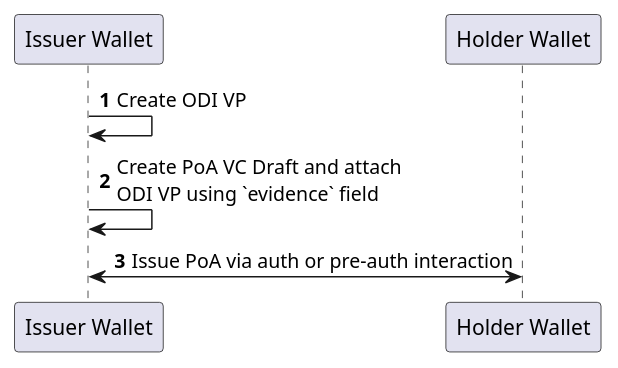
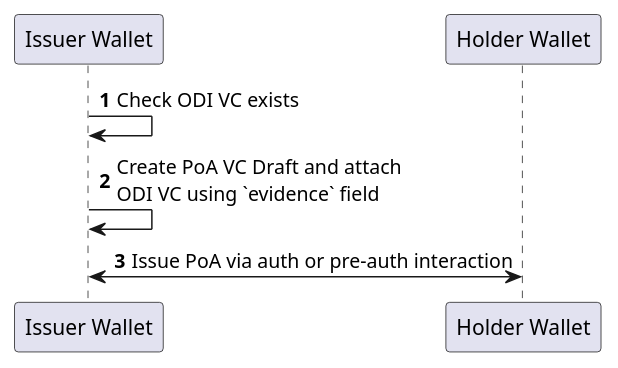
One commit to cklugow/EBSI-VECTOR-Task-3.3 changed the diagram in poa-odi-verification/poa_issuance_embedded_odi.puml. Above: the diagram before and after it, drawn with PlantUML. The commit also changed 2 other files, not shown here.

Commit message:
suggestion for embedded ODI

```diff
--- a/poa-odi-verification/poa_issuance_embedded_odi.puml
+++ b/poa-odi-verification/poa_issuance_embedded_odi.puml
@@ -2,10 +2,10 @@
 @startuml
-'https://plantuml.com/sequence-diagram
+'https://plantuml.com/sequence-diagram'
 
 autonumber
 
-"Issuer Wallet" -> "Issuer Wallet": Create ODI VP
-"Issuer Wallet" -> "Issuer Wallet": Create PoA VC Draft and attach\nODI VP using `evidence` field
+"Issuer Wallet" -> "Issuer Wallet": Check ODI VC exists
+"Issuer Wallet" -> "Issuer Wallet": Create PoA VC Draft and attach\nODI VC using `evidence` field
 "Issuer Wallet" <-> "Holder Wallet": Issue PoA via auth or pre-auth interaction
 
 @enduml
```
